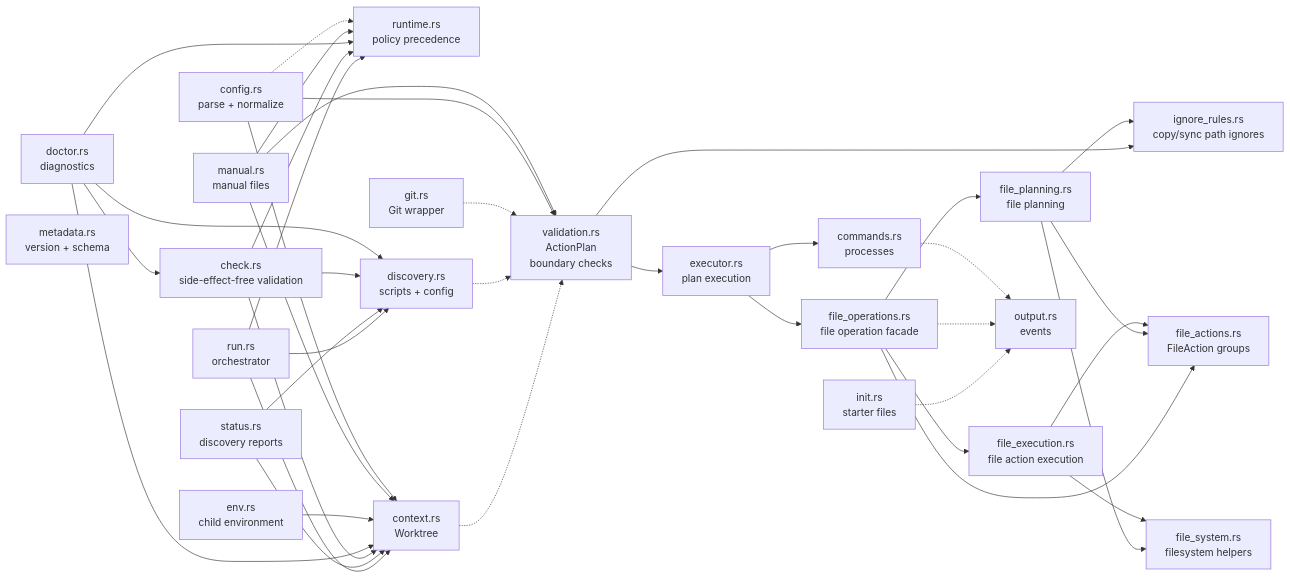
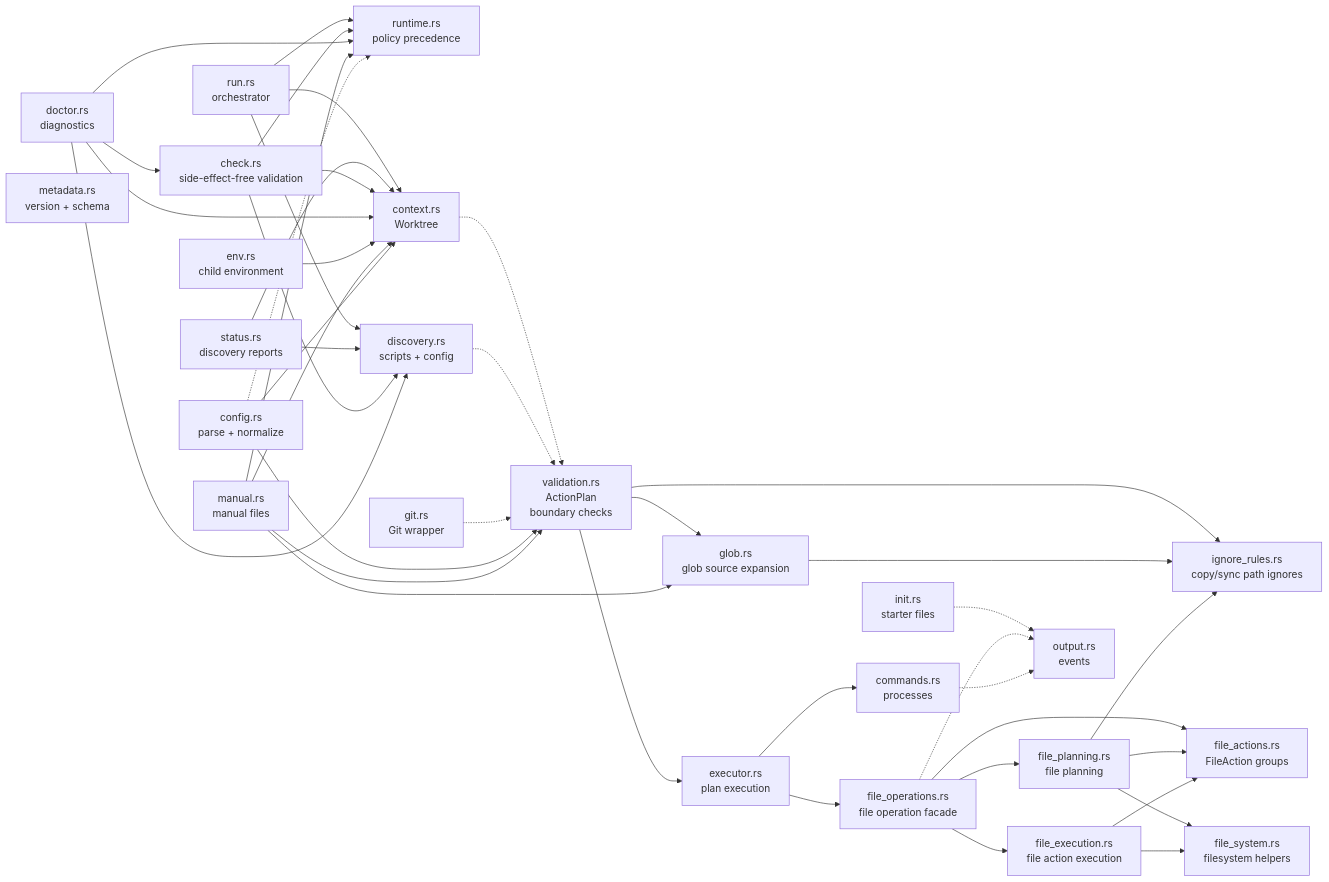
The fifth of 5 diagrams in docs/ARCHITECTURE.md (jimeh/treeboot), drawn with Mermaid before and after one commit. The commit also changed other lines of this file and 21 other files, not shown here.

````diff
--- a/docs/ARCHITECTURE.md
+++ b/docs/ARCHITECTURE.md
@@ -205,64 +205,68 @@
 ```mermaid
 flowchart LR
   RUN["run.rs<br/>orchestrator"]
   STATUS["status.rs<br/>discovery reports"]
   CHECK["check.rs<br/>side-effect-free validation"]
   DOCTOR["doctor.rs<br/>diagnostics"]
   ENV["env.rs<br/>child environment"]
   MANUAL["manual.rs<br/>manual files"]
   CONFIG["config.rs<br/>parse + normalize"]
   RUNTIME["runtime.rs<br/>policy precedence"]
   INIT["init.rs<br/>starter files"]
   META["metadata.rs<br/>version + schema"]
   CONTEXT["context.rs<br/>Worktree"]
   DISC["discovery.rs<br/>scripts + config"]
   GIT["git.rs<br/>Git wrapper"]
   IGNORE["ignore_rules.rs<br/>copy/sync path ignores"]
+  GLOB["glob.rs<br/>glob source expansion"]
   EXEC["executor.rs<br/>plan execution"]
   VALID["validation.rs<br/>ActionPlan<br/>boundary checks"]
   FILE_ACTIONS["file_actions.rs<br/>FileAction groups"]
   FILE_OPS["file_operations.rs<br/>file operation facade"]
   FILE_PLANNING["file_planning.rs<br/>file planning"]
   FILE_EXECUTION["file_execution.rs<br/>file action execution"]
   FILE_SYSTEM["file_system.rs<br/>filesystem helpers"]
   CMDS["commands.rs<br/>processes"]
   OUT["output.rs<br/>events"]
 
   RUN --> CONTEXT
   RUN --> RUNTIME
   RUN --> DISC
   STATUS --> CONTEXT
   STATUS --> DISC
   CHECK --> CONTEXT
   CHECK --> RUNTIME
   CHECK --> DISC
   DOCTOR --> RUNTIME
   DOCTOR --> CONTEXT
   DOCTOR --> DISC
   DOCTOR --> CHECK
   ENV --> CONTEXT
   MANUAL --> CONTEXT
   MANUAL --> RUNTIME
   CONFIG --> CONTEXT
   CONFIG -.-> RUNTIME
   CONTEXT -.-> VALID
   DISC -.-> VALID
   GIT -.-> VALID
   CONFIG --> VALID
   MANUAL --> VALID
   VALID --> IGNORE
+  VALID --> GLOB
+  MANUAL --> GLOB
+  GLOB --> IGNORE
   FILE_OPS --> FILE_ACTIONS
   FILE_OPS --> FILE_PLANNING
   FILE_OPS --> FILE_EXECUTION
   FILE_PLANNING --> FILE_ACTIONS
   FILE_PLANNING --> FILE_SYSTEM
   FILE_PLANNING --> IGNORE
   FILE_EXECUTION --> FILE_ACTIONS
   FILE_EXECUTION --> FILE_SYSTEM
   VALID --> EXEC
   EXEC --> FILE_OPS
   EXEC --> CMDS
   INIT -.-> OUT
   FILE_OPS -.-> OUT
   CMDS -.-> OUT
 ```
````
